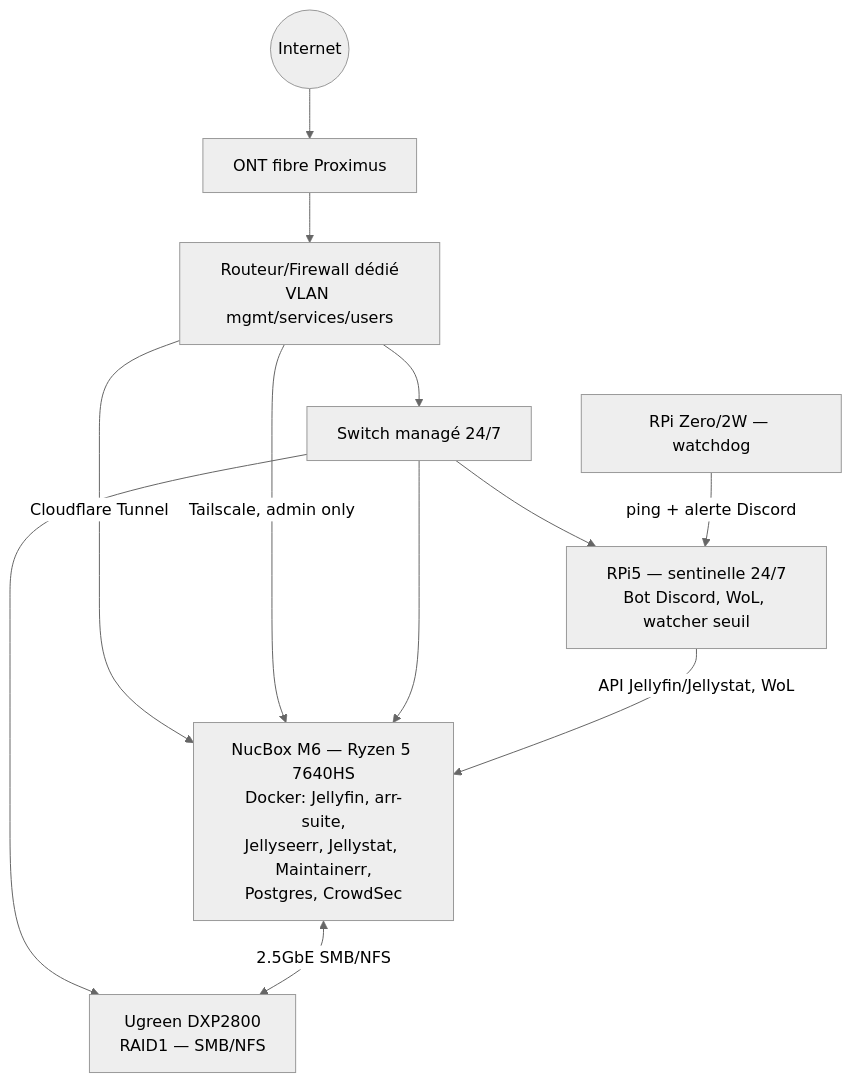
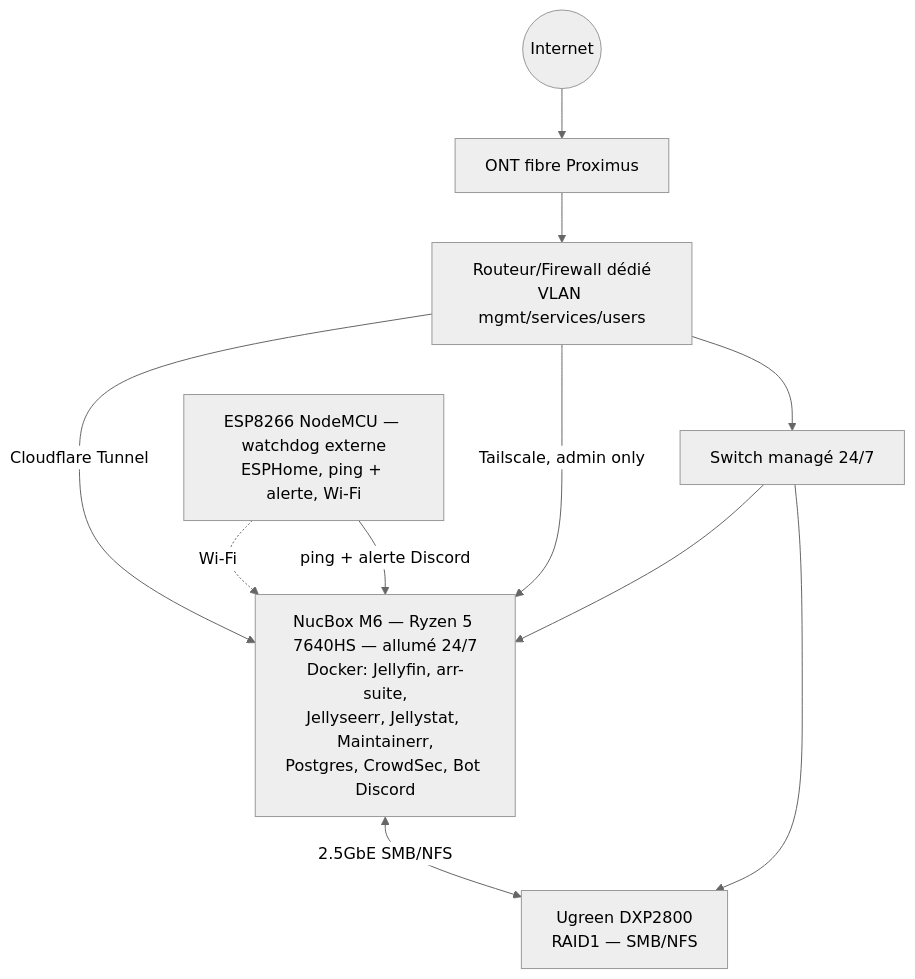
The diagram in README.md (rvph10/blackbox), drawn with Mermaid (neutral theme) before and after one commit. The commit also changed other lines of this file and 6 other files, not shown here.

First line of the commit message:
ADR-005: NucBox allumé 24/7, WoL abandonné, watchdog ESP8266

````diff
--- a/README.md
+++ b/README.md
@@ -33,22 +33,20 @@
 ```mermaid
 flowchart TD
     Internet((Internet))
     ONT[ONT fibre Proximus]
     RTR[Routeur/Firewall dédié\nVLAN mgmt/services/users]
     SW[Switch managé 24/7]
-    NUC[NucBox M6 — Ryzen 5 7640HS\nDocker: Jellyfin, arr-suite,\nJellyseerr, Jellystat, Maintainerr,\nPostgres, CrowdSec]
+    NUC[NucBox M6 — Ryzen 5 7640HS — allumé 24/7\nDocker: Jellyfin, arr-suite,\nJellyseerr, Jellystat, Maintainerr,\nPostgres, CrowdSec, Bot Discord]
     NAS[Ugreen DXP2800\nRAID1 — SMB/NFS]
-    RPI5[RPi5 — sentinelle 24/7\nBot Discord, WoL, watcher seuil]
-    RPI0[RPi Zero/2W — watchdog]
+    ESP8266[ESP8266 NodeMCU — watchdog externe\nESPHome, ping + alerte, Wi-Fi]
 
     Internet --> ONT --> RTR
     RTR -- Cloudflare Tunnel --> NUC
     RTR -- Tailscale, admin only --> NUC
     RTR --> SW
     SW --> NUC
     SW --> NAS
-    SW --> RPI5
+    ESP8266 -. Wi-Fi .-> NUC
     NUC <-- 2.5GbE SMB/NFS --> NAS
-    RPI5 -- API Jellyfin/Jellystat, WoL --> NUC
-    RPI0 -- ping + alerte Discord --> RPI5
+    ESP8266 -- ping + alerte Discord --> NUC
 ```
````
